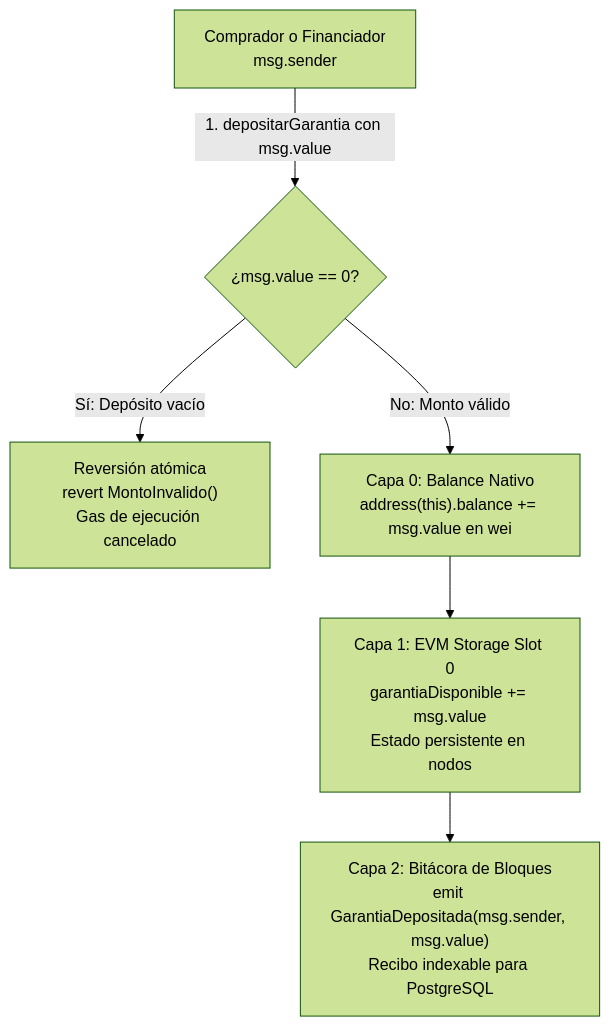
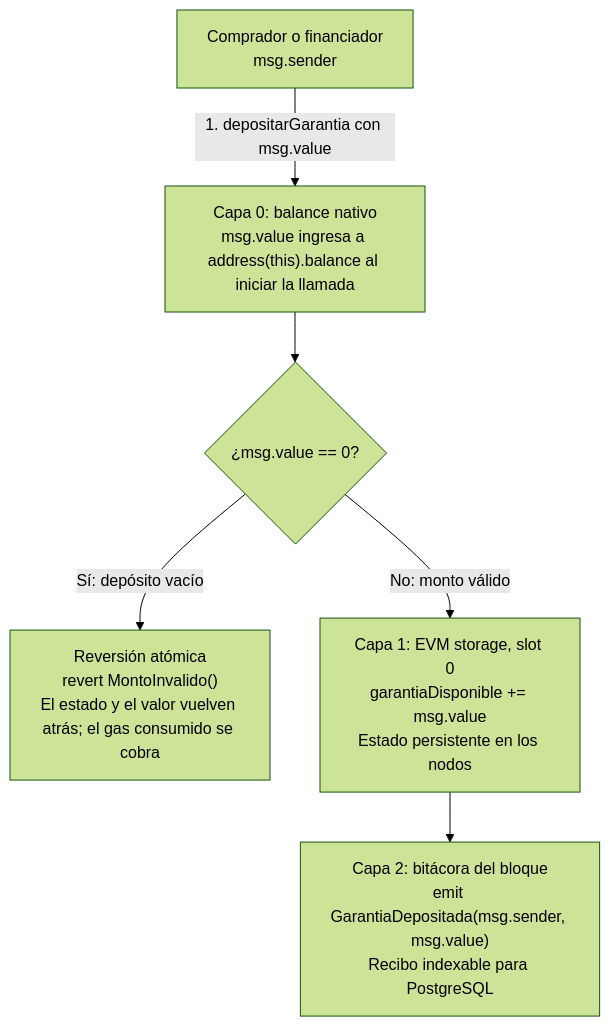
Before and after one commit to miuguelt/Guia-IA-Dinero-programable: the diagram in docs/03-implementacion.md, drawn with Mermaid (forest theme). The commit also changed other lines of this file and 42 other files, not shown here.

````diff
--- a/docs/03-implementacion.md
+++ b/docs/03-implementacion.md
@@ -27,8 +31,8 @@
 ```mermaid
 flowchart TD
-    A["Comprador o Financiador\nmsg.sender"] -->|1. depositarGarantia con msg.value| B{"¿msg.value == 0?"}
-    B -->|Sí: Depósito vacío| C["Reversión atómica\nrevert MontoInvalido()\nGas de ejecución cancelado"]
-    B -->|No: Monto válido| D["Capa 0: Balance Nativo\naddress(this).balance += msg.value en wei"]
-    D --> E["Capa 1: EVM Storage Slot 0\ngarantiaDisponible += msg.value\nEstado persistente en nodos"]
-    E --> F["Capa 2: Bitácora de Bloques\nemit GarantiaDepositada(msg.sender, msg.value)\nRecibo indexable para PostgreSQL"]
+    A["Comprador o financiador<br>msg.sender"] -->|1. depositarGarantia con msg.value| D["Capa 0: balance nativo<br>msg.value ingresa a address(this).balance al iniciar la llamada"]
+    D --> B{"¿msg.value == 0?"}
+    B -->|Sí: depósito vacío| C["Reversión atómica<br>revert MontoInvalido()<br>El estado y el valor vuelven atrás; el gas consumido se cobra"]
+    B -->|No: monto válido| E["Capa 1: EVM storage, slot 0<br>garantiaDisponible += msg.value<br>Estado persistente en los nodos"]
+    E --> F["Capa 2: bitácora del bloque<br>emit GarantiaDepositada(msg.sender, msg.value)<br>Recibo indexable para PostgreSQL"]
 ```
````
